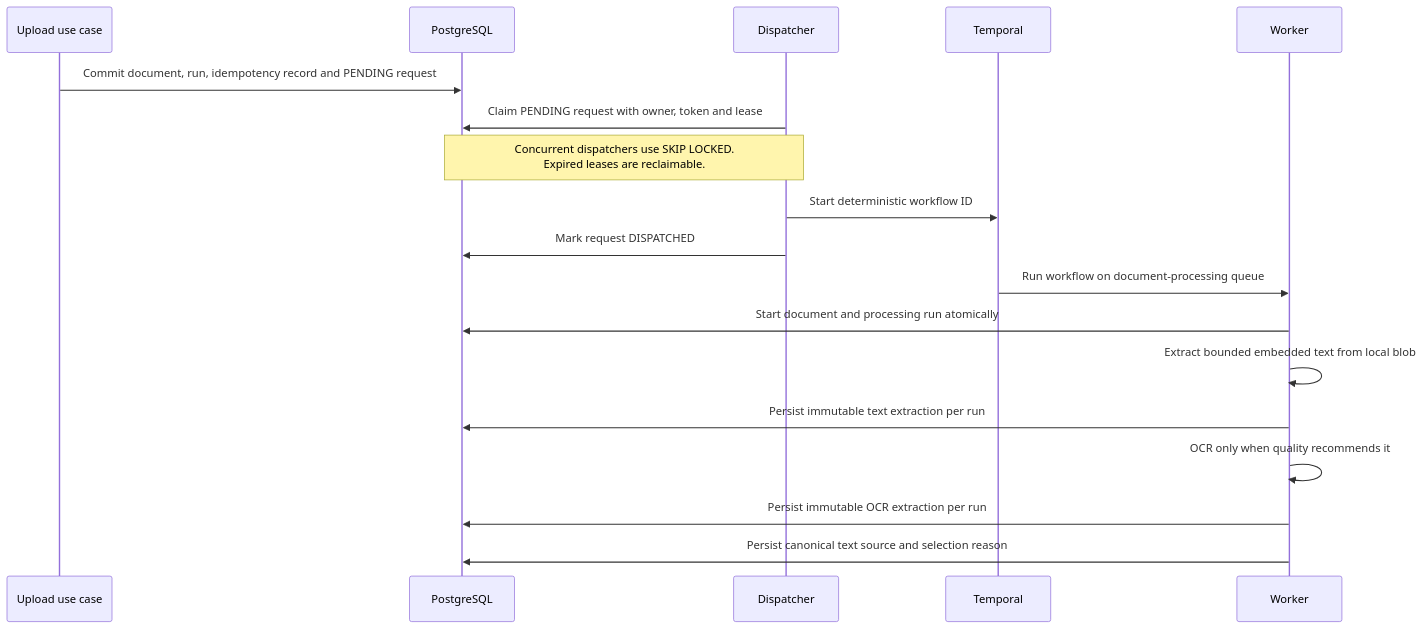
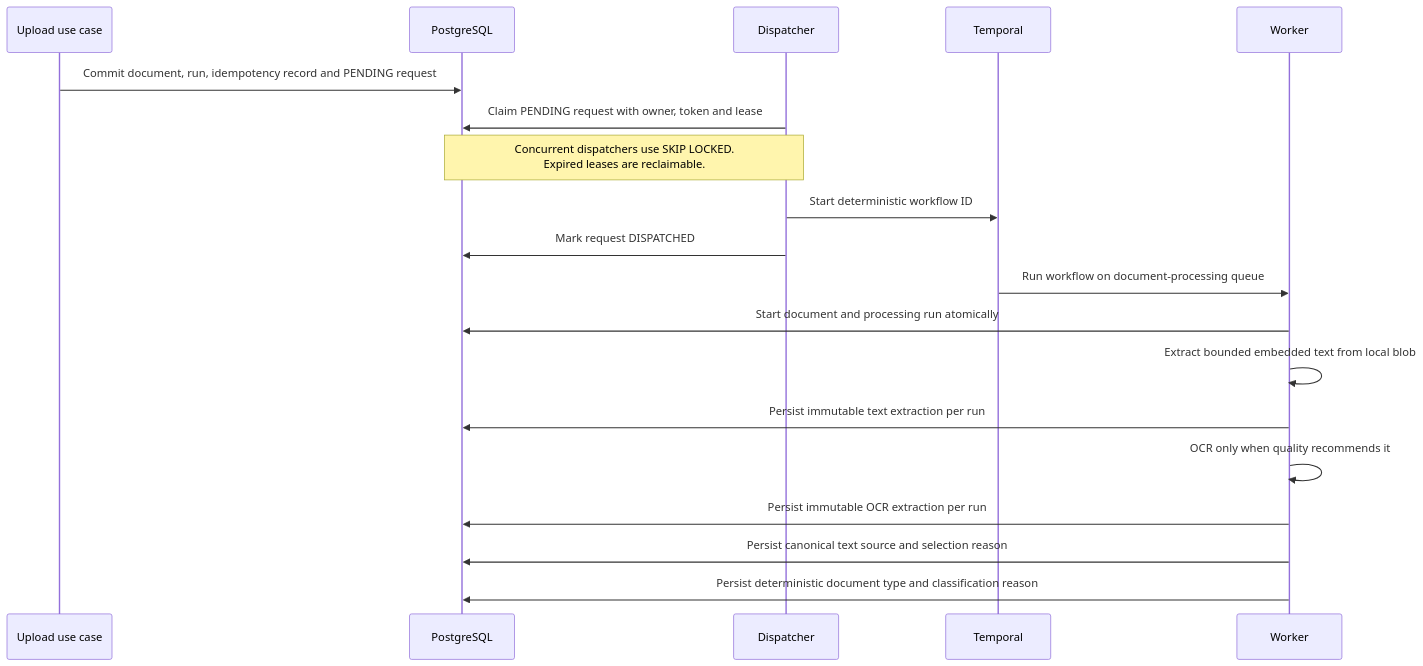
One commit to PietroRussoD/ai-document-processing-platform changed the third of 11 diagrams in docs/architecture.md. Above: the diagram before and after it, drawn with Mermaid. The commit also changed other lines of this file and 25 other files, not shown here.

Commit message:
✨ Add deterministic document classification

````diff
--- a/docs/architecture.md
+++ b/docs/architecture.md
@@ -77,21 +71,22 @@
 ```mermaid
 sequenceDiagram
     participant API as Upload use case
     participant DB as PostgreSQL
     participant Dispatcher
     participant Temporal
     participant Worker
 
     API->>DB: Commit document, run, idempotency record and PENDING request
     Dispatcher->>DB: Claim PENDING request with owner, token and lease
     Note over Dispatcher,DB: Concurrent dispatchers use SKIP LOCKED.<br/>Expired leases are reclaimable.
     Dispatcher->>Temporal: Start deterministic workflow ID
     Dispatcher->>DB: Mark request DISPATCHED
     Temporal->>Worker: Run workflow on document-processing queue
     Worker->>DB: Start document and processing run atomically
     Worker->>Worker: Extract bounded embedded text from local blob
     Worker->>DB: Persist immutable text extraction per run
     Worker->>Worker: OCR only when quality recommends it
     Worker->>DB: Persist immutable OCR extraction per run
     Worker->>DB: Persist canonical text source and selection reason
+    Worker->>DB: Persist deterministic document type and classification reason
 ```
````
